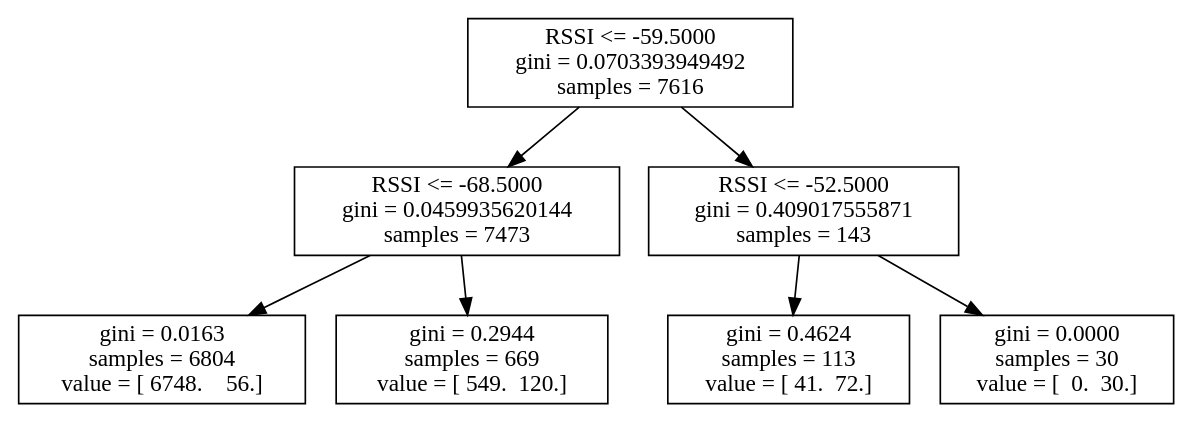
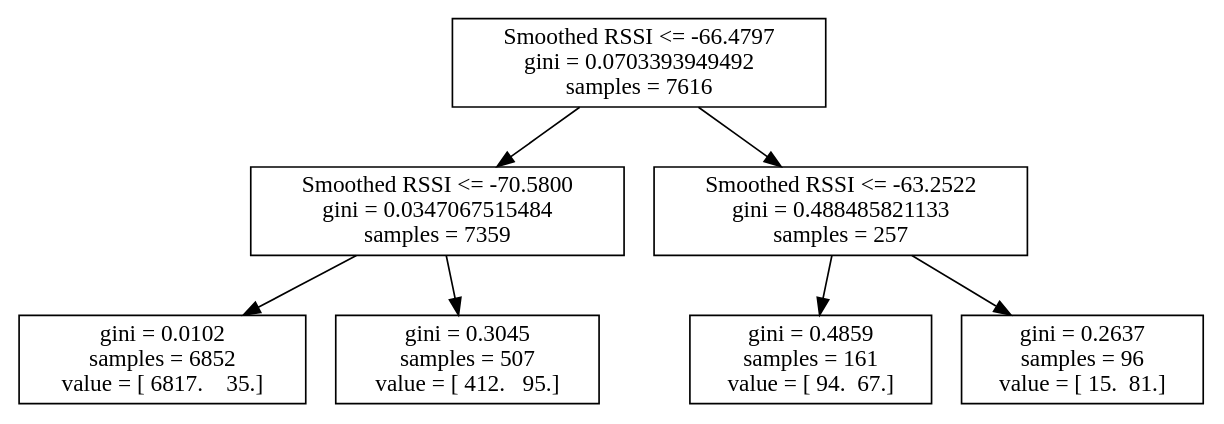
The diagram in logs/4_19/log36.dot (atitus5/6s062-Project), drawn with Graphviz before and after one commit. The commit also changed 75 other files, not shown here.

```diff
--- a/logs/4_19/log36.dot
+++ b/logs/4_19/log36.dot
@@ -1,15 +1,15 @@
 digraph Tree {
-0 [label="RSSI <= -59.5000\ngini = 0.0703393949492\nsamples = 7616", shape="box"] ;
-1 [label="RSSI <= -68.5000\ngini = 0.0459935620144\nsamples = 7473", shape="box"] ;
+0 [label="Smoothed RSSI <= -66.4797\ngini = 0.0703393949492\nsamples = 7616", shape="box"] ;
+1 [label="Smoothed RSSI <= -70.5800\ngini = 0.0347067515484\nsamples = 7359", shape="box"] ;
 0 -> 1 ;
-2 [label="gini = 0.0163\nsamples = 6804\nvalue = [ 6748.    56.]", shape="box"] ;
+2 [label="gini = 0.0102\nsamples = 6852\nvalue = [ 6817.    35.]", shape="box"] ;
 1 -> 2 ;
-3 [label="gini = 0.2944\nsamples = 669\nvalue = [ 549.  120.]", shape="box"] ;
+3 [label="gini = 0.3045\nsamples = 507\nvalue = [ 412.   95.]", shape="box"] ;
 1 -> 3 ;
-4 [label="RSSI <= -52.5000\ngini = 0.409017555871\nsamples = 143", shape="box"] ;
+4 [label="Smoothed RSSI <= -63.2522\ngini = 0.488485821133\nsamples = 257", shape="box"] ;
 0 -> 4 ;
-5 [label="gini = 0.4624\nsamples = 113\nvalue = [ 41.  72.]", shape="box"] ;
+5 [label="gini = 0.4859\nsamples = 161\nvalue = [ 94.  67.]", shape="box"] ;
 4 -> 5 ;
-6 [label="gini = 0.0000\nsamples = 30\nvalue = [  0.  30.]", shape="box"] ;
+6 [label="gini = 0.2637\nsamples = 96\nvalue = [ 15.  81.]", shape="box"] ;
 4 -> 6 ;
 }
```
